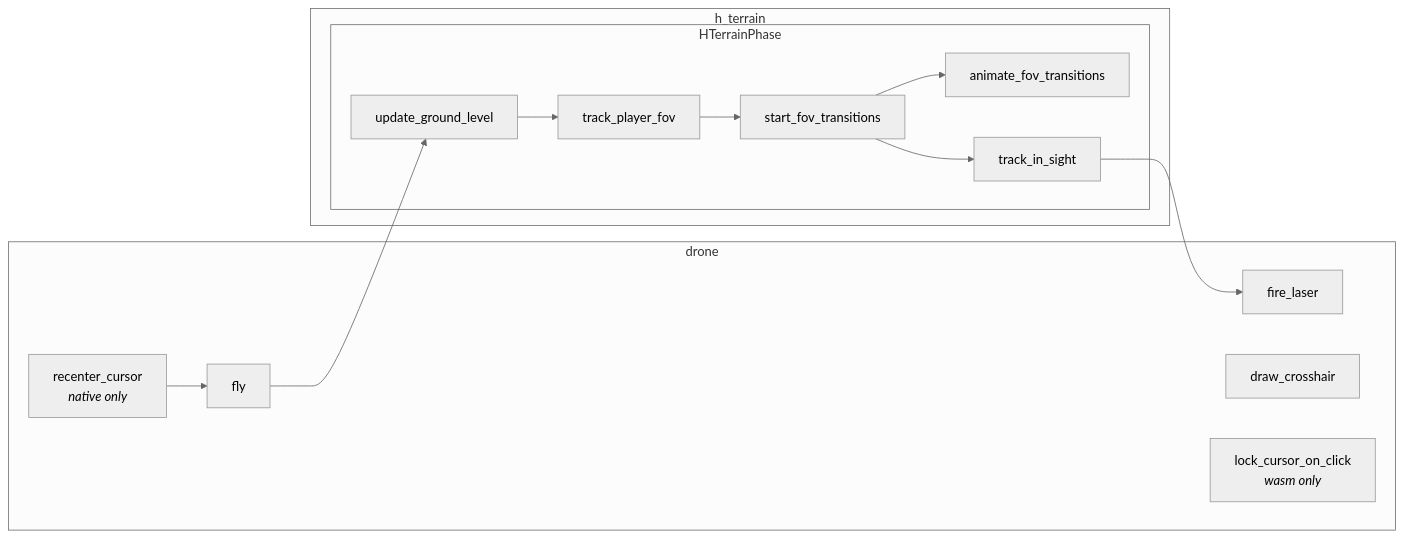
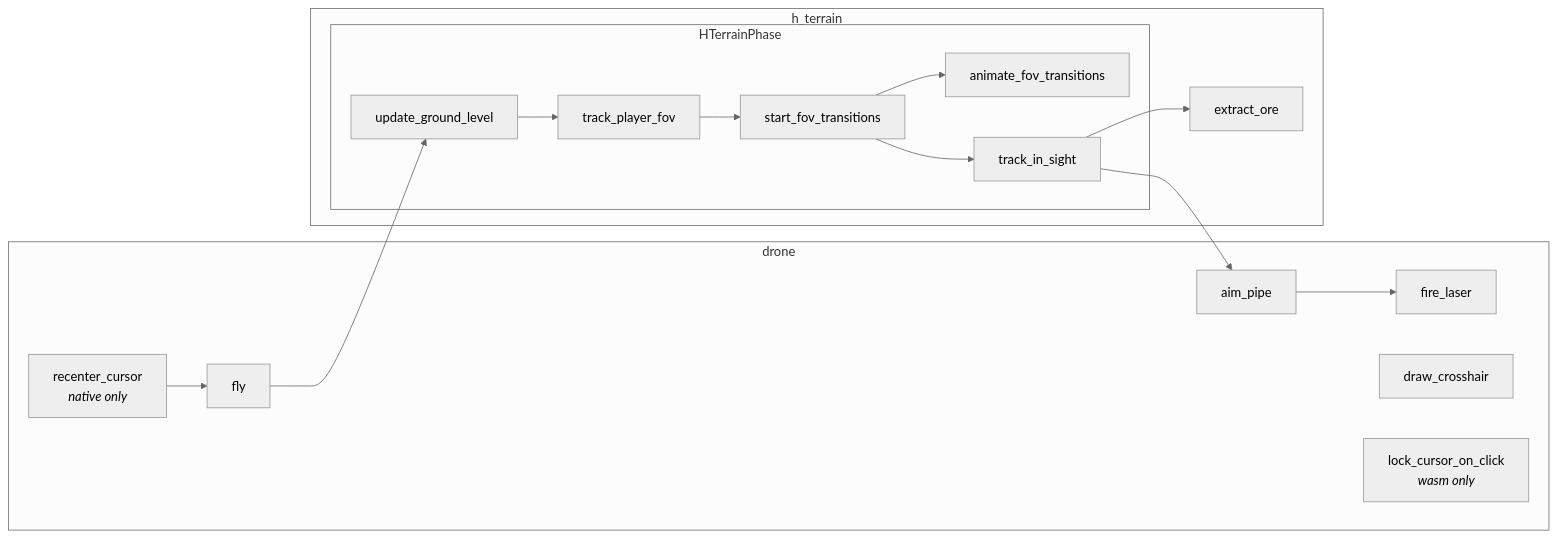
One commit to dynnamitt/hex-terrain changed the third of 3 diagrams in README.md. Above: the diagram before and after it, drawn with Mermaid (neutral theme). The commit also changed other lines of this file and 1 other file, not shown here.

First line of the commit message:
Update README: SVG preview image, fix mermaid charts

````diff
--- a/README.md
+++ b/README.md
@@ -60,28 +50,32 @@
 ```mermaid
 graph LR
     recenter_cursor --> fly
     fly --> update_ground_level
     update_ground_level --> track_player_fov
     track_player_fov --> start_fov_transitions
     start_fov_transitions --> animate_fov_transitions
     start_fov_transitions --> track_in_sight
-    track_in_sight --> fire_laser
+    track_in_sight --> aim_pipe
+    track_in_sight --> extract_ore
+    aim_pipe --> fire_laser
 
     subgraph drone
         recenter_cursor[recenter_cursor<br/><i>native only</i>]
         fly
         draw_crosshair
+        aim_pipe
         fire_laser
         lock_cursor_on_click[lock_cursor_on_click<br/><i>wasm only</i>]
     end
 
     subgraph h_terrain
         subgraph HTerrainPhase
             update_ground_level
             track_player_fov
             start_fov_transitions
             animate_fov_transitions
             track_in_sight
         end
+        extract_ore
     end
 ```
````
